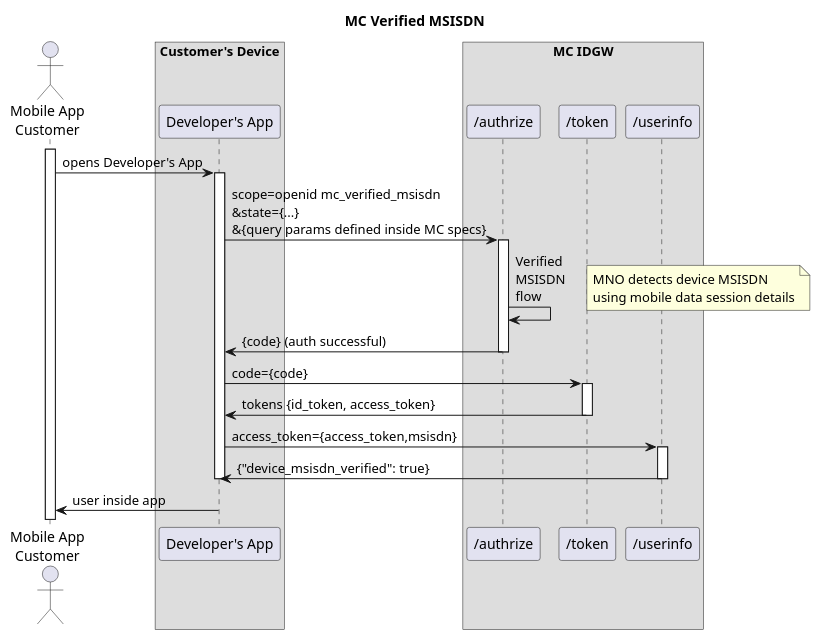
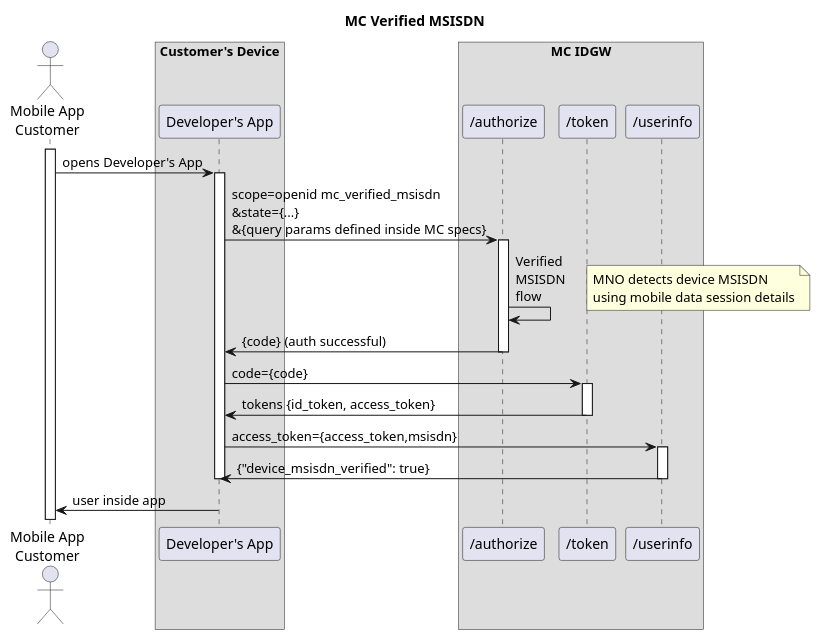
Before and after one commit to camaraproject/NumberVerification: the diagram in documentation/UML/sequenceDiagram.puml, drawn with PlantUML.

Commit message:
Update sequenceDiagram.puml
fixing typo

```diff
--- a/documentation/UML/sequenceDiagram.puml
+++ b/documentation/UML/sequenceDiagram.puml
@@ -1,37 +1,37 @@
 @startuml
 
 title "MC Verified MSISDN"
 
 actor "Mobile App\nCustomer" as user
 box "Customer's Device" 
     participant "Developer's App" as mApp
 end box
 
 box "MC IDGW"
-participant "/authrize" as auth
+participant "/authorize" as auth
 participant "/token" as token
 participant "/userinfo" as userInfo
 end box
 
 activate user
 user -> mApp: opens Developer's App
 activate mApp
 mApp -> auth: scope=openid mc_verified_msisdn\n&state={...}\n&{query params defined inside MC specs}
 activate auth
 auth -> auth: Verified\nMSISDN\nflow
 note right: MNO detects device MSISDN\nusing mobile data session details
 mApp <- auth: {code} (auth successful)
 deactivate auth
 mApp -> token: code={code}
 activate token
 mApp <- token: tokens {id_token, access_token}
 deactivate token
 mApp -> userInfo: access_token={access_token,msisdn}
 activate userInfo
 mApp <- userInfo: {"device_msisdn_verified": true}
 deactivate userInfo
 deactivate mApp
 user <- mApp: user inside app
 
 
 @enduml
```
